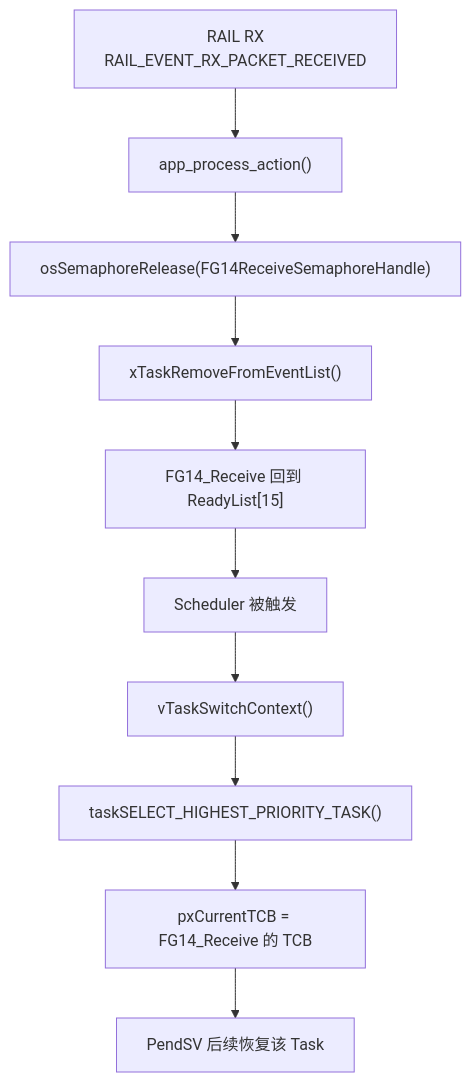
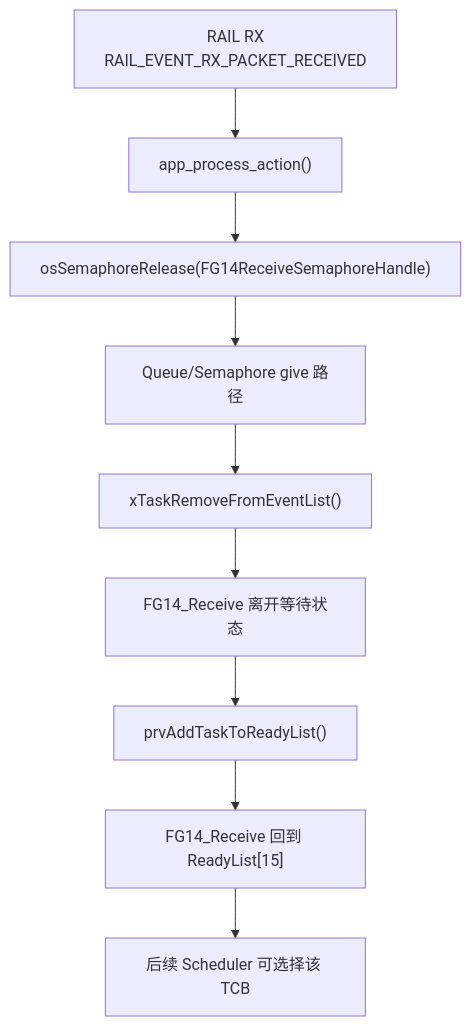
Before and after one commit to redamacy/embedded-system-notes: the third of 9 diagrams in RTOS/003_FreeRTOS_Scheduler_ReadyList_Deep_Dive.md, drawn with Mermaid. The commit also changed other lines of this file, not shown here.

Commit message:
docs: refocus FreeRTOS scheduler deep dive

````diff
--- a/RTOS/003_FreeRTOS_Scheduler_ReadyList_Deep_Dive.md
+++ b/RTOS/003_FreeRTOS_Scheduler_ReadyList_Deep_Dive.md
@@ -187,12 +350,11 @@
 ```mermaid
 flowchart TD
     A["RAIL RX<br/>RAIL_EVENT_RX_PACKET_RECEIVED"] --> B["app_process_action()"]
     B --> C["osSemaphoreRelease(FG14ReceiveSemaphoreHandle)"]
-    C --> D["xTaskRemoveFromEventList()"]
-    D --> E["FG14_Receive 回到 ReadyList[15]"]
-    E --> F["Scheduler 被触发"]
-    F --> G["vTaskSwitchContext()"]
-    G --> H["taskSELECT_HIGHEST_PRIORITY_TASK()"]
-    H --> I["pxCurrentTCB = FG14_Receive 的 TCB"]
-    I --> J["PendSV 后续恢复该 Task"]
+    C --> D["Queue/Semaphore give 路径"]
+    D --> E["xTaskRemoveFromEventList()"]
+    E --> F["FG14_Receive 离开等待状态"]
+    F --> G["prvAddTaskToReadyList()"]
+    G --> H["FG14_Receive 回到 ReadyList[15]"]
+    H --> I["后续 Scheduler 可选择该 TCB"]
 ```
````
